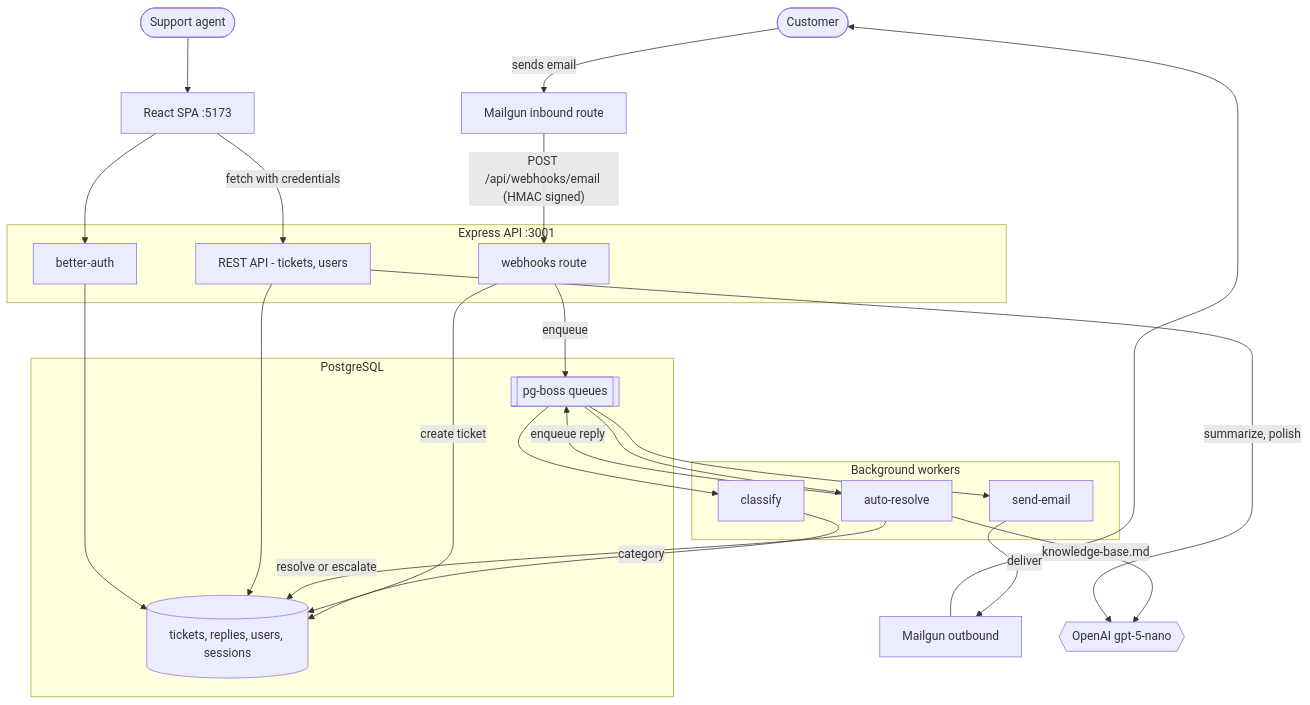
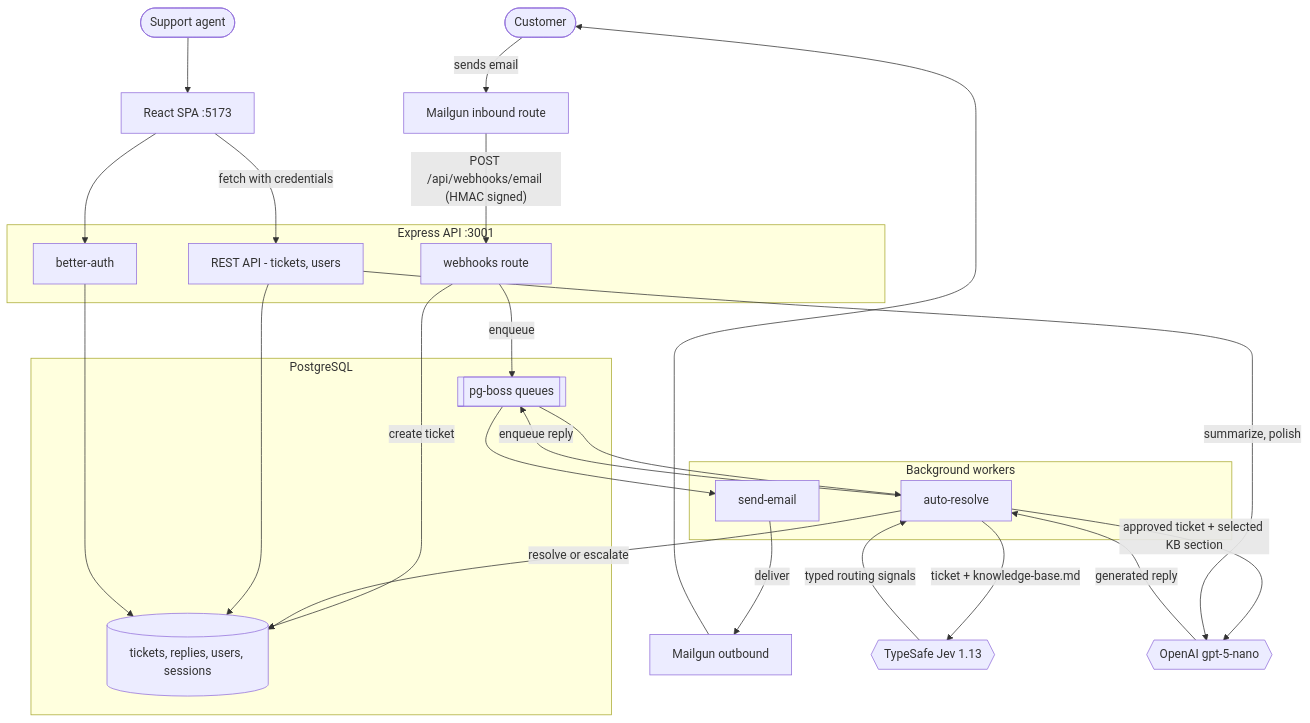
One commit to Abinashi7/helpdesk changed the first of 2 diagrams in README.md. Above: the diagram before and after it, drawn with Mermaid. The commit also changed other lines of this file and 29 other files, not shown here.

````diff
--- a/README.md
+++ b/README.md
@@ -101,51 +102,52 @@
 ```mermaid
 flowchart TB
     customer([Customer])
     agent([Support agent])
     mgIn[Mailgun inbound route]
     mgOut[Mailgun outbound]
+    jev{{TypeSafe Jev 1.13}}
     llm{{OpenAI gpt-5-nano}}
     spa[React SPA :5173]
 
     customer -->|sends email| mgIn
     mgIn -->|"POST /api/webhooks/email (HMAC signed)"| api
 
     subgraph server["Express API :3001"]
         api[webhooks route]
         rest[REST API - tickets, users]
         auth[better-auth]
     end
 
     subgraph data["PostgreSQL"]
         db[(tickets, replies, users, sessions)]
         queue[[pg-boss queues]]
     end
 
     subgraph workers["Background workers"]
-        classify[classify]
         resolve[auto-resolve]
         send[send-email]
     end
 
     api -->|create ticket| db
     api -->|enqueue| queue
-    queue --> classify
     queue --> resolve
     queue --> send
 
-    classify -->|category| db
-    resolve -->|knowledge-base.md| llm
+    resolve -->|ticket + knowledge-base.md| jev
+    jev -->|typed routing signals| resolve
+    resolve -->|approved ticket + selected KB section| llm
+    llm -->|generated reply| resolve
     resolve -->|resolve or escalate| db
     resolve -->|enqueue reply| queue
 
     rest --> db
     auth --> db
     rest -->|summarize, polish| llm
 
     send -->|deliver| mgOut
     mgOut --> customer
 
     agent --> spa
     spa -->|fetch with credentials| rest
     spa --> auth
 ```
````
